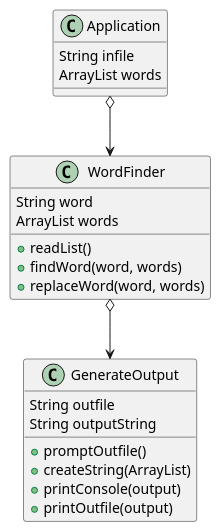
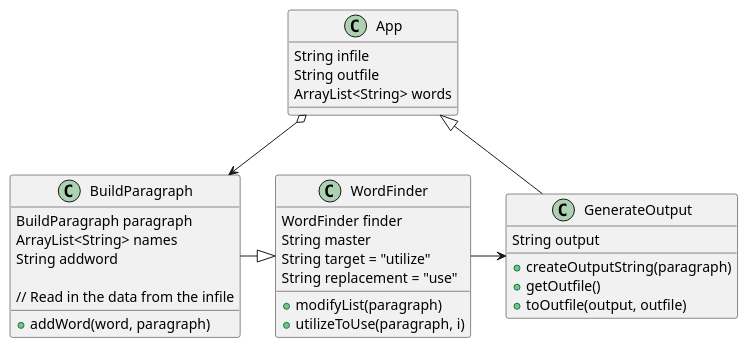
One commit to savosburn/osburn-cop3330-assignment3 changed the diagram in src/main/java/oop/assignment3/ex45/assignment3_ex45_diagram.puml. Above: the diagram before and after it, drawn with PlantUML. The commit also changed 4 other files, not shown here.

```diff
--- a/src/main/java/oop/assignment3/ex45/assignment3_ex45_diagram.puml
+++ b/src/main/java/oop/assignment3/ex45/assignment3_ex45_diagram.puml
@@ -1,29 +1,41 @@
 @startuml
-class Application{
+class App{
     String infile
-    ArrayList words
+    String outfile
+    ArrayList<String> words
+}
 
+class BuildParagraph {
+    BuildParagraph paragraph
+    ArrayList<String> names
+    String addword
+
+    // Read in the data from the infile
+
+    + addWord(word, paragraph)
 }
 
 class WordFinder{
-    String word
-    ArrayList words
+    WordFinder finder
+    String master
+    String target = "utilize"
+    String replacement = "use"
 
-    + readList()
-    + findWord(word, words)
-    + replaceWord(word, words)
+    + modifyList(paragraph)
+    + utilizeToUse(paragraph, i)
 }
 
 class GenerateOutput{
-    String outfile
-    String outputString
+    String output
 
-    + promptOutfile()
-    + createString(ArrayList)
-    + printConsole(output)
-    + printOutfile(output)
+    + createOutputString(paragraph)
+    + getOutfile()
+    + toOutfile(output, outfile)
 }
 
-Application o--> WordFinder
-WordFinder o--> GenerateOutput
+App o--> BuildParagraph
+BuildParagraph -|> WordFinder
+WordFinder -> GenerateOutput
+App <|- GenerateOutput
+
 @enduml
```
